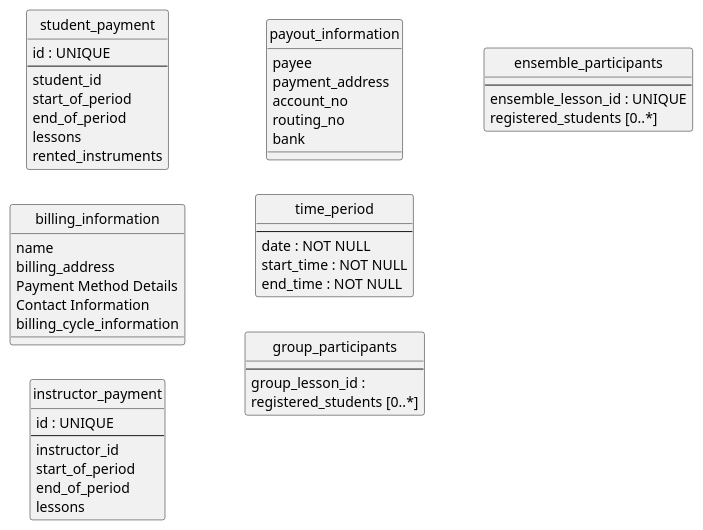
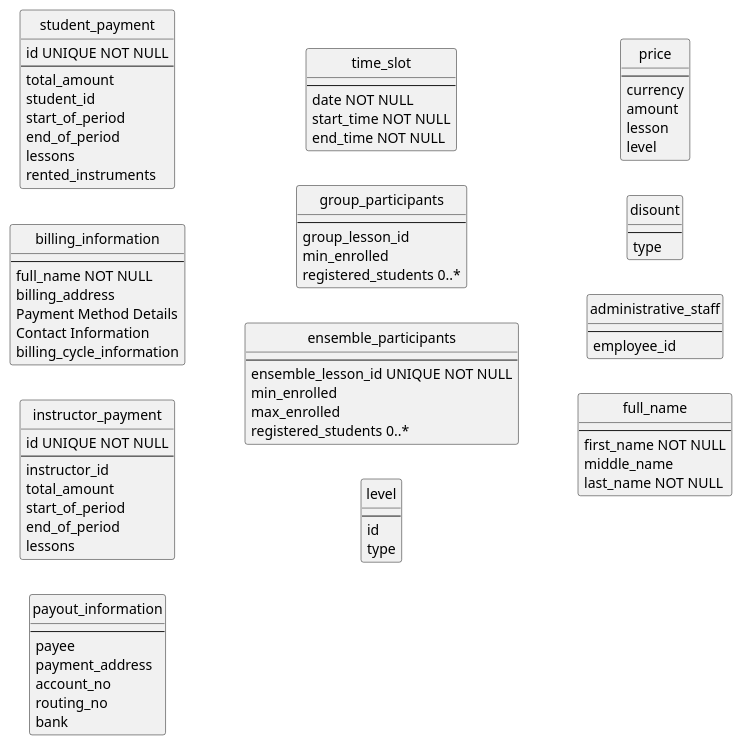
The second of 2 diagrams in diagrams/cm.puml (blomquiste/kth-iv1351-data-storage-paradigms), drawn with PlantUML before and after one commit. The commit also changed other lines of this file, not shown here.

```diff
--- a/diagrams/cm.puml
+++ b/diagrams/cm.puml
@@ -261,89 +274,127 @@
 @startuml
 hide circle
 
 skinparam linetype ortho
 ' top to bottom direction
 left to right direction
 ' skinparam ClassAttributeIconSize 0
 
 ' FINANCIAL
 entity student_payment {
-    id : UNIQUE
+    id UNIQUE NOT NULL
     --
+    total_amount
     student_id
     start_of_period
     end_of_period
     lessons
     rented_instruments
 }
 ' note bottom 
 '     What if the bill should include several students? 
 ' end note
 entity "billing_information" {
+    --
     ' The name on the credit card or billing account.
-    name
+    full_name NOT NULL
     ' The address associated with the credit card or account.
     billing_address
     ' Credit card number, expiration date, and security code (CVV), or bank account details for direct debit.
     Payment Method Details
     ' Phone number and email address, in case the business needs to contact the person about their bill.
     Contact Information
     ' Information regarding how often the customer will be charged (monthly, quarterly, annually).
     billing_cycle_information
 }
 
 entity instructor_payment {
-    id : UNIQUE
+    id UNIQUE NOT NULL
     --
     instructor_id
+    total_amount
     start_of_period
     end_of_period
     lessons
 }
 ' entity "monthly_statement" {
 ' }
 
 entity "payout_information" {
+    --
     ' The name of the individual or business that will receive the payment.
     payee
     ' Payment Address: The postal address associated with the payee's account, if necessary.
     payment_address
     ' Bank Account Details: This could include the bank name, account number, and routing number for bank transfers.
     account_no
     routing_no
     bank
     ' SWIFT Code and International Bank Account Number (IBAN): For international payments, these numbers help identify the bank and the individual account.
     ' Tax Identification Number (TIN): This might be required for tax purposes, depending on the nature and location of the transaction.
 }
 
 
 ' billing_information ||--|{ student : for
 ' payout_information ||--|| instructor : for
 
-' private_lesson ||---|| time_period : lasts
+' individual_lesson ||---|| time_period : lasts
 ' group_lesson ||---|| time_period : lasts
 ' ensemble ||---|| time_period : lasts
 ' group_lesson ||---|| group_participants : has
 ' ensemble ||---|| ensemble_participants : has
 
-entity "time_period" {
+entity "time_slot" {
     --
-    date : NOT NULL
-    start_time : NOT NULL
-    end_time : NOT NULL
+    date NOT NULL
+    start_time NOT NULL
+    end_time NOT NULL
 }
 
 entity "group_participants" {
     --
-    group_lesson_id :
-    registered_students [0..*]
+    group_lesson_id
+    min_enrolled
+    registered_students 0..*
     ' registered_students : student_id[]
 }
 
 entity "ensemble_participants" {
     --
-    ensemble_lesson_id : UNIQUE
-    registered_students [0..*]
+    ensemble_lesson_id UNIQUE NOT NULL
+    min_enrolled
+    max_enrolled
+    registered_students 0..*
+}
+
+entity "level" {
+    --
+    id
+    type
+}
+
+entity "price" {
+    --
+    currency
+    amount
+    lesson
+    level
+}
+
+entity "disount" {
+    --
+    type
+}
+
+entity "administrative_staff" {
+    --
+    employee_id
+}
+
+entity "full_name" {
+    --
+    first_name NOT NULL
+    middle_name
+    last_name NOT NULL
 }
 
 @enduml
```
